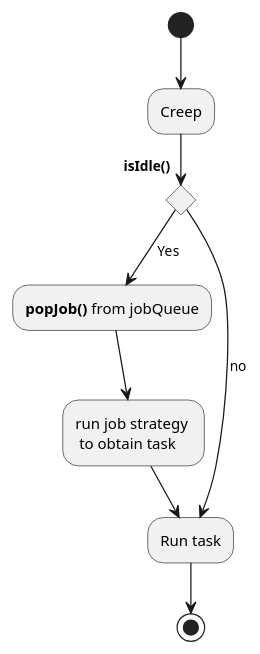
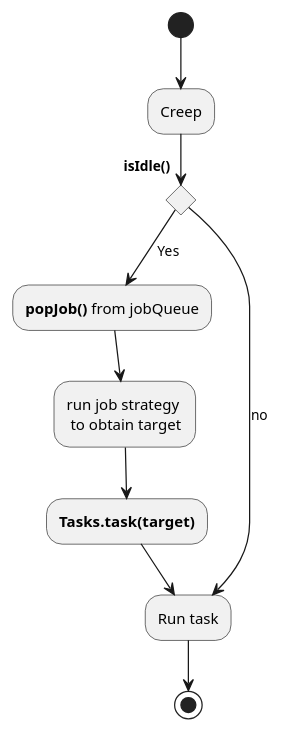
The diagram in Design & UML/creepActivity.puml (h0uter/screepsZilver), drawn with PlantUML before and after one commit. The commit also changed 3 other files, not shown here.

Commit message:
uml planning

```diff
--- a/Design & UML/creepActivity.puml
+++ b/Design & UML/creepActivity.puml
@@ -1,11 +1,12 @@
 @startuml
 (*)  --> "Creep"
 If "**isIdle()**" then
 --> [Yes] "**popJob()** from jobQueue"
---> "run job strategy \n to obtain task"
+--> "run job strategy \n to obtain target"
+--> "**Tasks.task(target)**"
 --> "Run task"
 else
 --> [no] "Run task"
 Endif
 -->(*)
 @enduml
```
